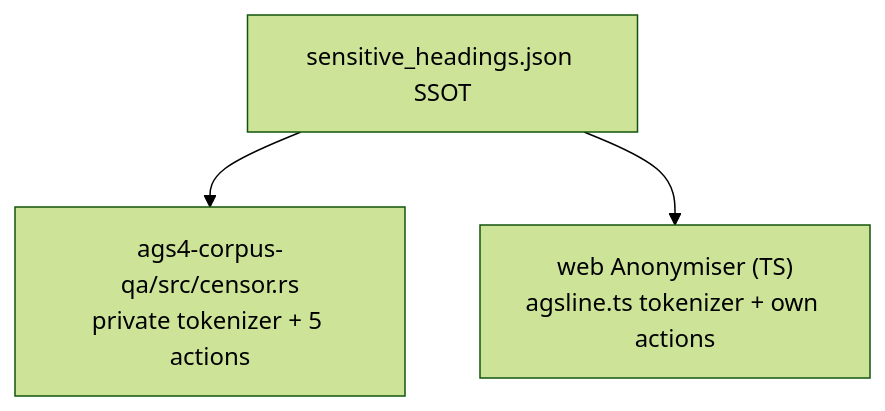
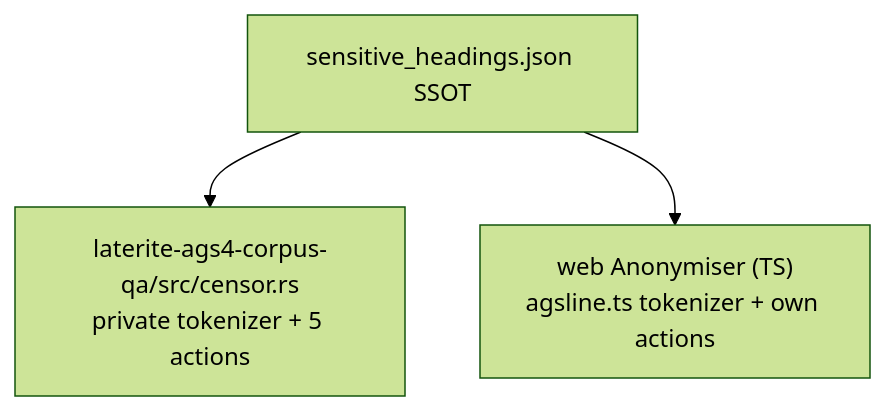
Before and after one commit to niko86/laterite: the first of 2 diagrams in ags-wiki/design/dec-ags4-censor-leaf.md, drawn with Mermaid (forest theme). The commit also changed other lines of this file and 43 other files, not shown here.

First line of the commit message:
docs(wiki): sync tool-crate pages to the laterite-ags4-* rename

````diff
--- a/ags-wiki/design/dec-ags4-censor-leaf.md
+++ b/ags-wiki/design/dec-ags4-censor-leaf.md
@@ -194,5 +194,5 @@
 ```mermaid
 graph TD
-  ssot[sensitive_headings.json SSOT] --> corpus["ags4-corpus-qa/src/censor.rs<br/>private tokenizer + 5 actions"]
+  ssot[sensitive_headings.json SSOT] --> corpus["laterite-ags4-corpus-qa/src/censor.rs<br/>private tokenizer + 5 actions"]
   ssot --> web["web Anonymiser (TS)<br/>agsline.ts tokenizer + own actions"]
 ```
````
